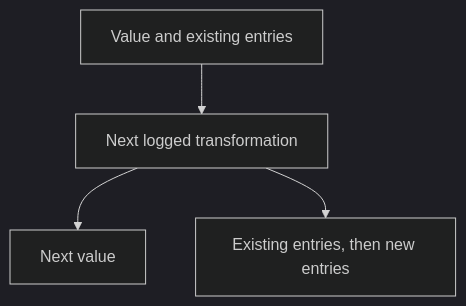
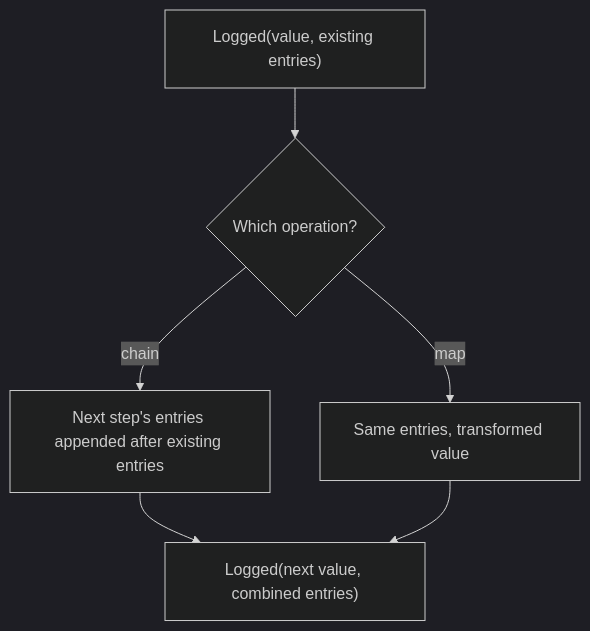
The diagram in docs/src/content/docs/guides/logged.md (pplnd/core), drawn with Mermaid (dark theme) before and after one commit. The commit also changed other lines of this file and 63 other files, not shown here.

````diff
--- a/docs/src/content/docs/guides/logged.md
+++ b/docs/src/content/docs/guides/logged.md
@@ -29,6 +40,8 @@
 ```mermaid
 flowchart TD
-  First["Value and existing entries"] --> Next["Next logged transformation"]
-  Next --> Value["Next value"]
-  Next --> Entries["Existing entries, then new entries"]
+  Input["Logged(value, existing entries)"] --> Step{"Which operation?"}
+  Step -->|map| Keep["Same entries, transformed value"]
+  Step -->|chain| Append["Next step's entries appended after existing entries"]
+  Append --> Output["Logged(next value, combined entries)"]
+  Keep --> Output
 ```
````
